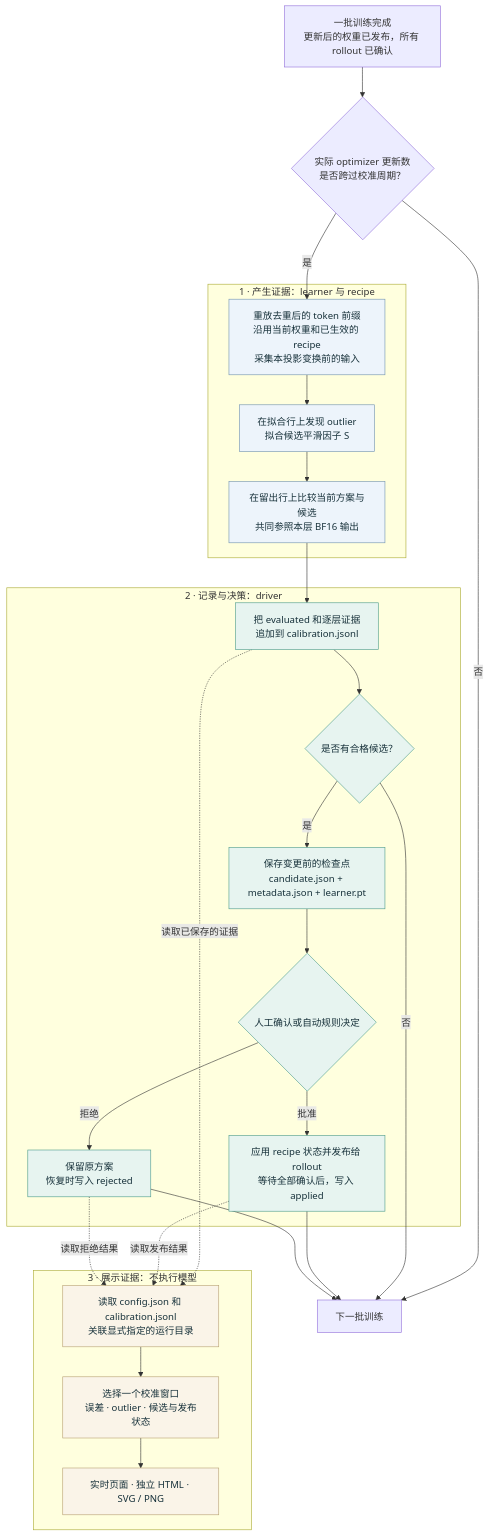
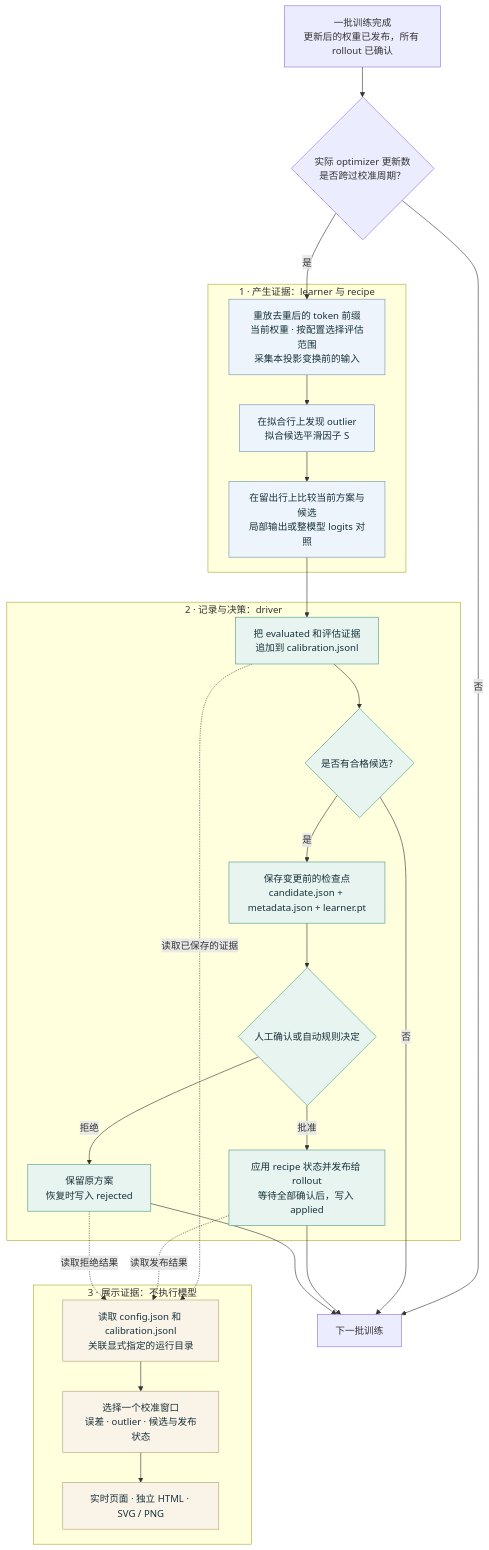
One commit to wengeezhang/QoreRL changed the first of 2 diagrams in docs/smoothquant-calibration.zh-CN.md. Above: the diagram before and after it, drawn with Mermaid. The commit also changed other lines of this file and 29 other files, not shown here.

````diff
--- a/docs/smoothquant-calibration.zh-CN.md
+++ b/docs/smoothquant-calibration.zh-CN.md
@@ -11,37 +18,37 @@
 ```mermaid
 flowchart TD
     A[一批训练完成<br/>更新后的权重已发布，所有 rollout 已确认] --> B{实际 optimizer 更新数<br/>是否跨过校准周期？}
     B -->|否| NEXT[下一批训练]
     B -->|是| C
     subgraph COMPUTE[1 · 产生证据：learner 与 recipe]
-        C[重放去重后的 token 前缀<br/>沿用当前权重和已生效的 recipe<br/>采集本投影变换前的输入]
+        C[重放去重后的 token 前缀<br/>当前权重 · 按配置选择评估范围<br/>采集本投影变换前的输入]
         C --> D[在拟合行上发现 outlier<br/>拟合候选平滑因子 S]
-        D --> E[在留出行上比较当前方案与候选<br/>共同参照本层 BF16 输出]
+        D --> E[在留出行上比较当前方案与候选<br/>局部输出或整模型 logits 对照]
     end
     E --> F
     subgraph RECORD[2 · 记录与决策：driver]
-        F[把 evaluated 和逐层证据<br/>追加到 calibration.jsonl]
+        F[把 evaluated 和评估证据<br/>追加到 calibration.jsonl]
         F --> G{是否有合格候选？}
         G -->|是| H[保存变更前的检查点<br/>candidate.json + metadata.json + learner.pt]
         H --> I{人工确认或自动规则决定}
         I -->|批准| J[应用 recipe 状态并发布给 rollout<br/>等待全部确认后，写入 applied]
         I -->|拒绝| K[保留原方案<br/>恢复时写入 rejected]
     end
     G -->|否| NEXT
     J --> NEXT
     K --> NEXT
     F -. 读取已保存的证据 .-> V
     J -. 读取发布结果 .-> V
     K -. 读取拒绝结果 .-> V
     subgraph VIEW[3 · 展示证据：不执行模型]
         V[读取 config.json 和 calibration.jsonl<br/>关联显式指定的运行目录]
         V --> W[选择一个校准窗口<br/>误差 · outlier · 候选与发布状态]
         W --> X[实时页面 · 独立 HTML · SVG / PNG]
     end
     classDef compute fill:#edf4fb,stroke:#7192ae,color:#18323b
     classDef record fill:#e7f4f0,stroke:#4b9a8b,color:#18323b
     classDef view fill:#faf4e8,stroke:#b7a073,color:#18323b
     class C,D,E compute
     class F,G,H,I,J,K record
     class V,W,X view
 ```
````
